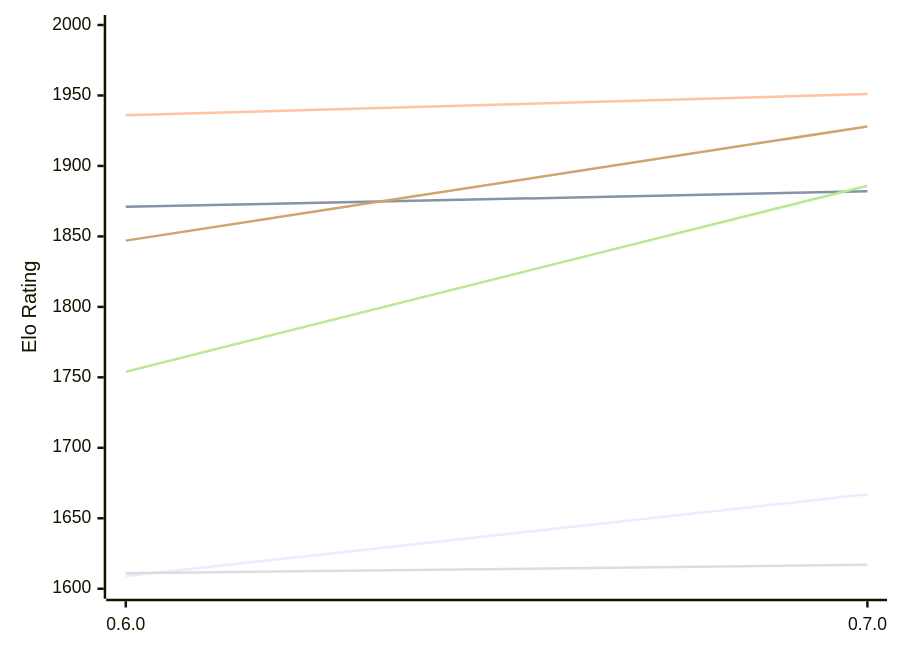
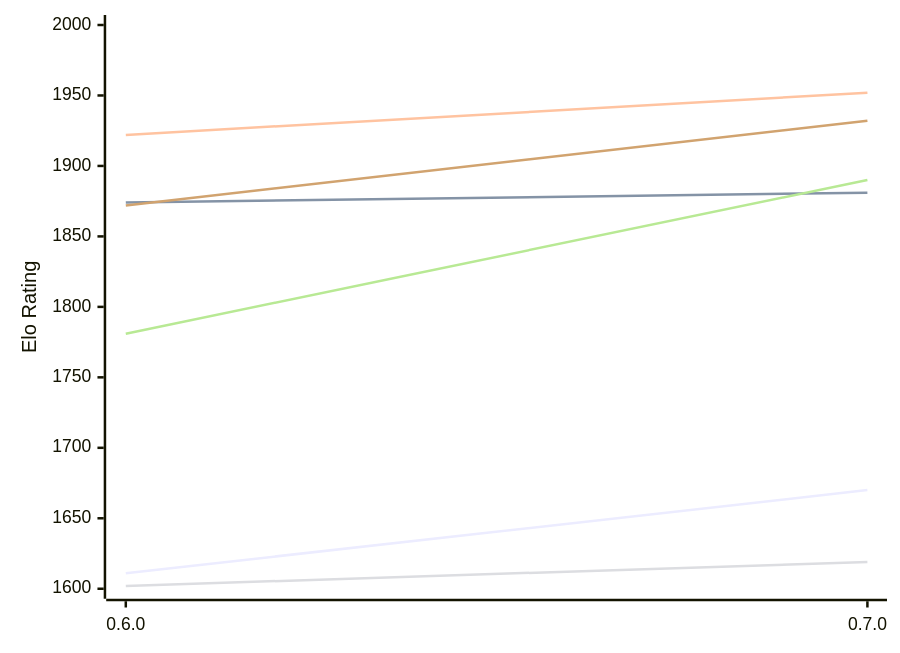
One commit to computer-chess-index/cci changed the first of 2 diagrams in engines/Chess-rs.md. Above: the diagram before and after it, drawn with Mermaid. The commit also changed other lines of this file, not shown here.

Commit message:
Update CCI Ratings (ELO VLTC) - 2026-11-25

````diff
--- a/engines/Chess-rs.md
+++ b/engines/Chess-rs.md
@@ -51,12 +51,12 @@
 ```mermaid
 %%{init: {"theme":"base","themeVariables":{"seriesColors:['#a3a3a3','#222221','#faa371']}}}%%
 xychart-beta
   x-axis ["0.6.0", "0.7.0"]
   y-axis "Elo Rating" 1600 --> 2000
-  line "E1: STC (8.0+0.08s)" [1609, 1667]
-  line "E1: LTC (60.0+0.60s)" [1871, 1882]
-  line "E1: VLTC (2m24s+1.12s)" [1936, 1951]
-  line "P1: STC (8.0+0.08s)" [1611, 1617]
-  line "P1: LTC (60.0+0.60s)" [1754, 1886]
-  line "P1: VLTC (2m24s+1.12s)" [1847, 1928]
+  line "E1: STC (8.0+0.08s)" [1611, 1670]
+  line "E1: LTC (60.0+0.60s)" [1874, 1881]
+  line "E1: VLTC (2m24s+1.12s)" [1922, 1952]
+  line "P1: STC (8.0+0.08s)" [1602, 1619]
+  line "P1: LTC (60.0+0.60s)" [1781, 1890]
+  line "P1: VLTC (2m24s+1.12s)" [1872, 1932]
 ```
````
